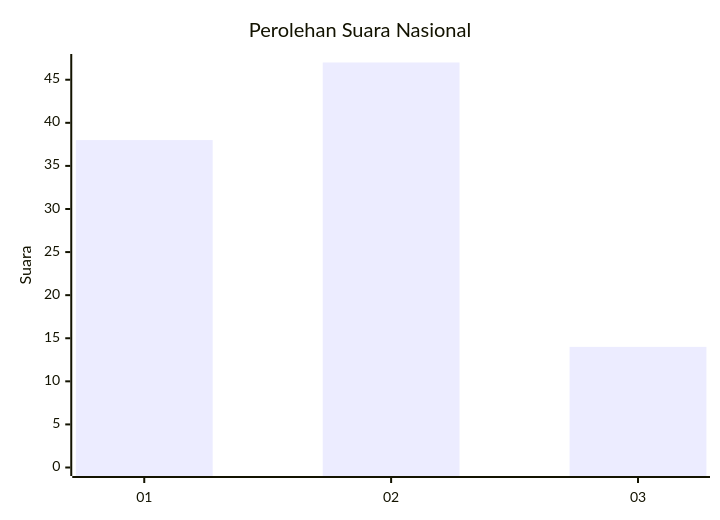
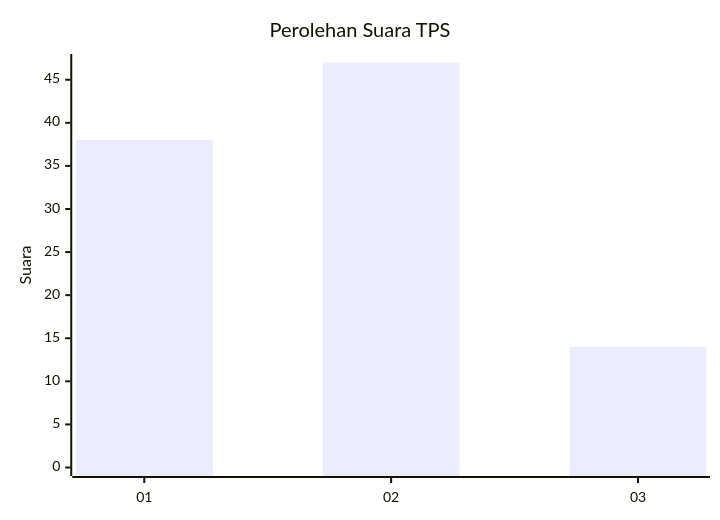
Before and after one commit to gigit-pemilu/pemilu-2024-99-luar-negeri: the first of 2 diagrams in pilpres/hitung-suara/sub/99-luar-negeri/sub/62-kuala-lumpur-malaysia/sub/01-kuala-lumpur-malaysia/sub/0001-kuala-lumpur-malaysia/sub/475-tps-162/README.md, drawn with Mermaid. The commit also changed other lines of this file and 167 other files, not shown here.

````diff
--- a/pilpres/hitung-suara/sub/99-luar-negeri/sub/62-kuala-lumpur-malaysia/sub/01-kuala-lumpur-malaysia/sub/0001-kuala-lumpur-malaysia/sub/475-tps-162/README.md
+++ b/pilpres/hitung-suara/sub/99-luar-negeri/sub/62-kuala-lumpur-malaysia/sub/01-kuala-lumpur-malaysia/sub/0001-kuala-lumpur-malaysia/sub/475-tps-162/README.md
@@ -5,7 +5,7 @@
 ```mermaid
 xychart-beta
-    title "Perolehan Suara Nasional"
+    title "Perolehan Suara TPS"
     x-axis [01, 02, 03]
     y-axis "Suara" 0 --> 47
     bar [38, 47, 14]
 ```
````
